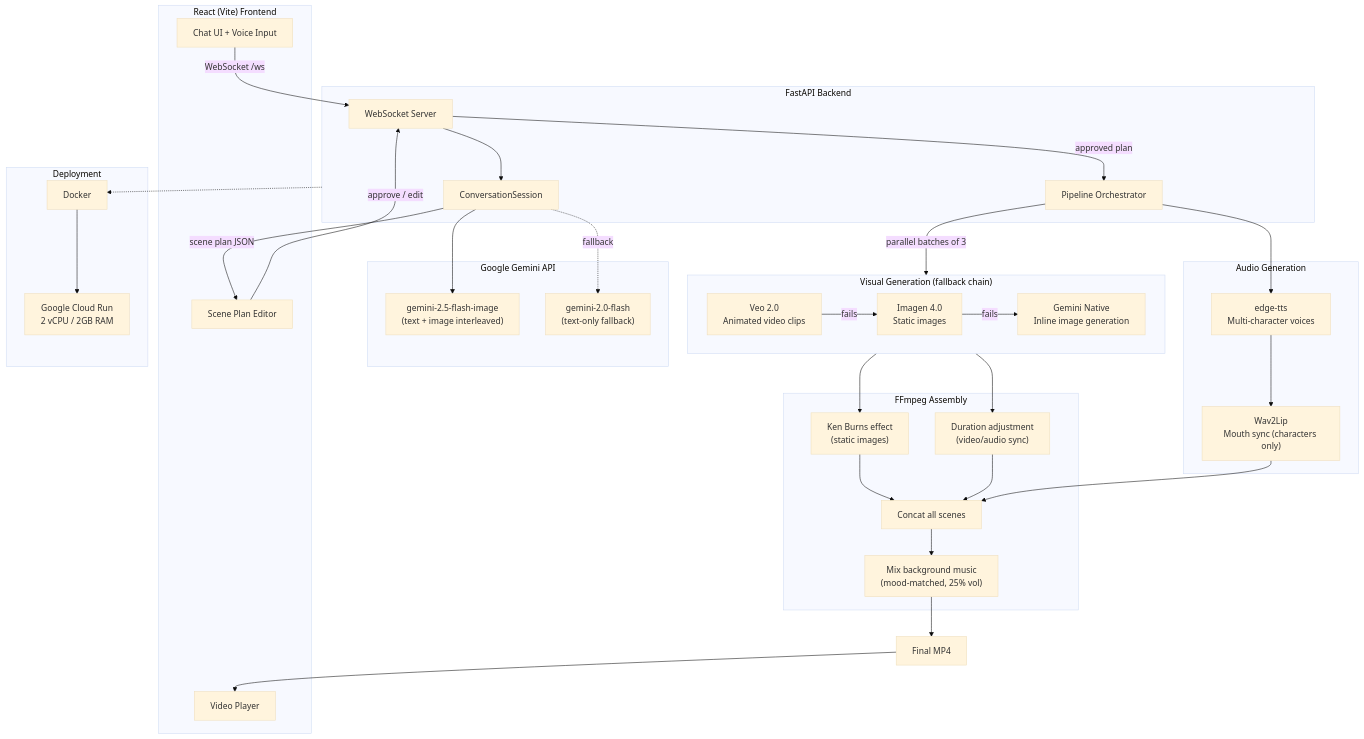
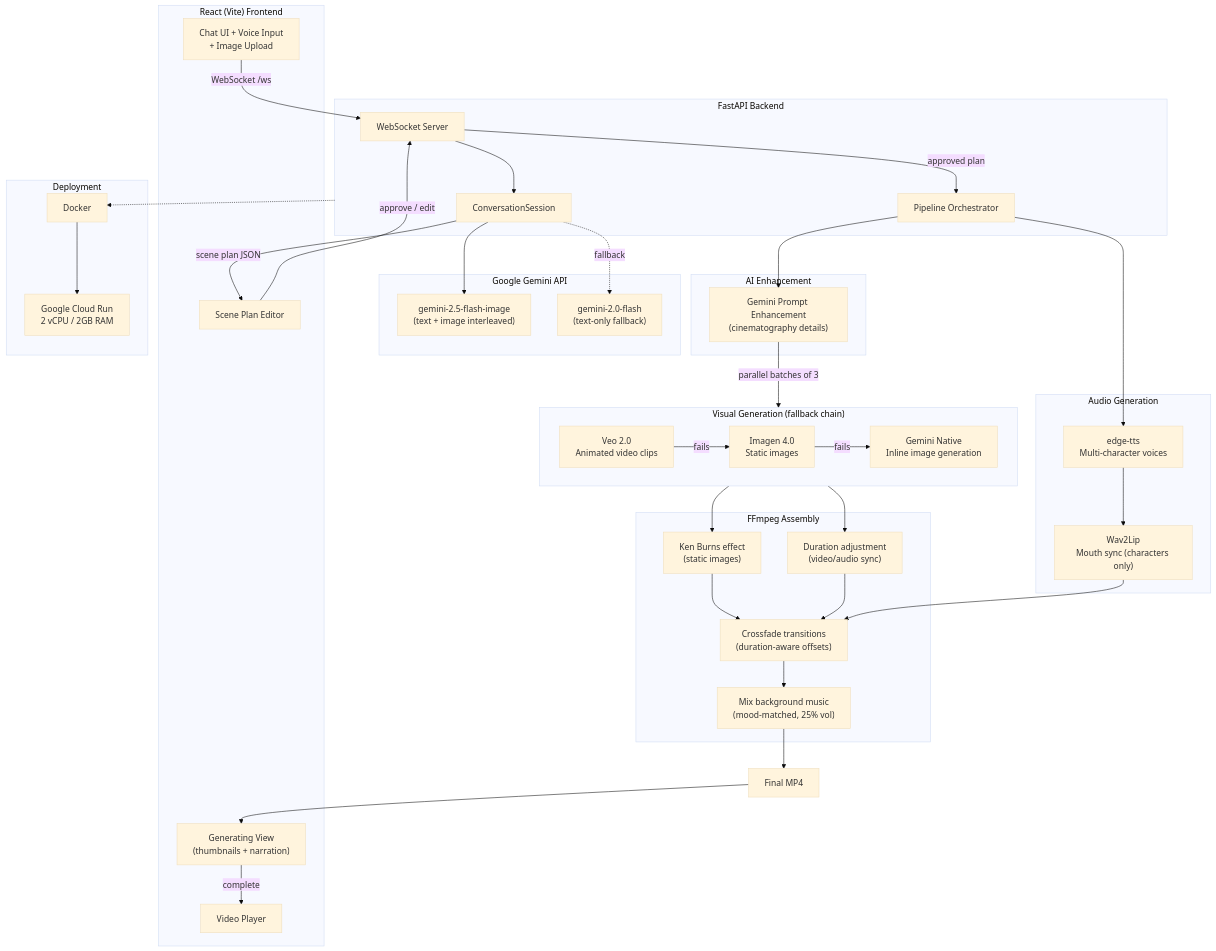
One commit to LakshmiSravyaVedantham/cutto changed the diagram in README.md. Above: the diagram before and after it, drawn with Mermaid (base theme). The commit also changed other lines of this file, not shown here.

First line of the commit message:
docs: update README with new features and architecture

````diff
--- a/README.md
+++ b/README.md
@@ -21,65 +21,72 @@
 ```mermaid
 flowchart TB
     subgraph Frontend["React (Vite) Frontend"]
-        UI[Chat UI + Voice Input]
+        UI["Chat UI + Voice Input\n+ Image Upload"]
         Editor[Scene Plan Editor]
+        GenView["Generating View\n(thumbnails + narration)"]
         Player[Video Player]
     end
 
     subgraph Backend["FastAPI Backend"]
         WS[WebSocket Server]
         Agent[ConversationSession]
         Pipeline[Pipeline Orchestrator]
     end
 
     subgraph Gemini["Google Gemini API"]
         GemImg["gemini-2.5-flash-image\n(text + image interleaved)"]
         GemTxt["gemini-2.0-flash\n(text-only fallback)"]
     end
 
     subgraph VisualGen["Visual Generation (fallback chain)"]
         Veo["Veo 2.0\nAnimated video clips"]
         Imagen["Imagen 4.0\nStatic images"]
         GemNative["Gemini Native\nInline image generation"]
         Veo -->|fails| Imagen
         Imagen -->|fails| GemNative
     end
 
     subgraph AudioGen["Audio Generation"]
         TTS["edge-tts\nMulti-character voices"]
         Lipsync["Wav2Lip\nMouth sync (characters only)"]
     end
 
+    subgraph Enhancement["AI Enhancement"]
+        Enhance["Gemini Prompt Enhancement\n(cinematography details)"]
+    end
+
     subgraph Assembly["FFmpeg Assembly"]
         KB["Ken Burns effect\n(static images)"]
         DurAdj["Duration adjustment\n(video/audio sync)"]
-        Concat["Concat all scenes"]
+        XFade["Crossfade transitions\n(duration-aware offsets)"]
         Music["Mix background music\n(mood-matched, 25% vol)"]
     end
 
     UI -- "WebSocket /ws" --> WS
     WS --> Agent
     Agent --> GemImg
     Agent -.->|fallback| GemTxt
     Agent -->|scene plan JSON| Editor
     Editor -->|approve / edit| WS
 
     WS -->|approved plan| Pipeline
-    Pipeline -->|"parallel batches of 3"| VisualGen
+    Pipeline --> Enhance
+    Enhance -->|"parallel batches of 3"| VisualGen
     Pipeline --> TTS
     TTS --> Lipsync
     VisualGen --> KB
     VisualGen --> DurAdj
-    KB --> Concat
-    DurAdj --> Concat
-    Lipsync --> Concat
-    Concat --> Music
+    KB --> XFade
+    DurAdj --> XFade
+    Lipsync --> XFade
+    XFade --> Music
     Music --> MP4["Final MP4"]
-    MP4 --> Player
+    MP4 --> GenView
+    GenView -->|complete| Player
 
     subgraph Deploy["Deployment"]
         Docker --> CloudRun["Google Cloud Run\n2 vCPU / 2GB RAM"]
     end
 
     Backend -.-> Docker
 ```
````
